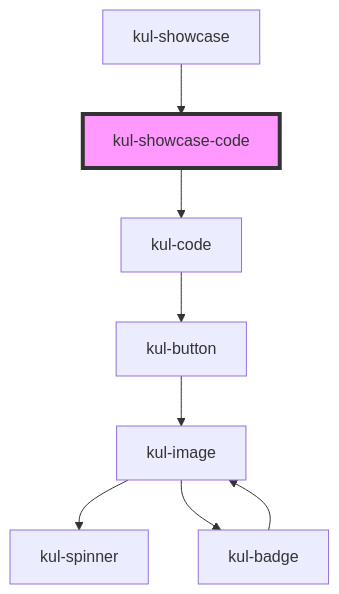
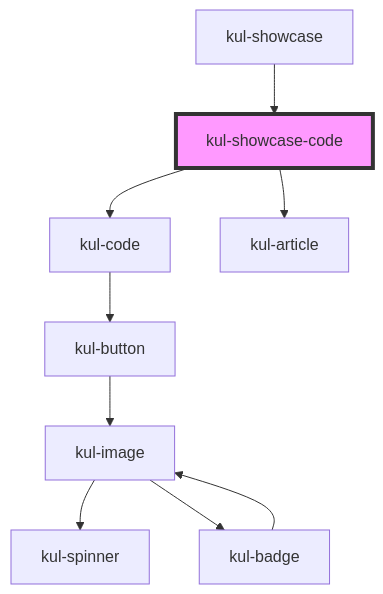
Before and after one commit to smeup/ketchup: the diagram in packages/ketchup-lite/src/components/kul-showcase/components/code/readme.md, drawn with Mermaid. The commit also changed other lines of this file and 15 other files, not shown here.

````diff
--- a/packages/ketchup-lite/src/components/kul-showcase/components/code/readme.md
+++ b/packages/ketchup-lite/src/components/kul-showcase/components/code/readme.md
@@ -29,11 +30,12 @@
 ```mermaid
 graph TD;
   kul-showcase-code --> kul-code
+  kul-showcase-code --> kul-article
   kul-code --> kul-button
   kul-button --> kul-image
   kul-image --> kul-spinner
   kul-image --> kul-badge
   kul-badge --> kul-image
   kul-showcase --> kul-showcase-code
   style kul-showcase-code fill:#f9f,stroke:#333,stroke-width:4px
 ```
````
